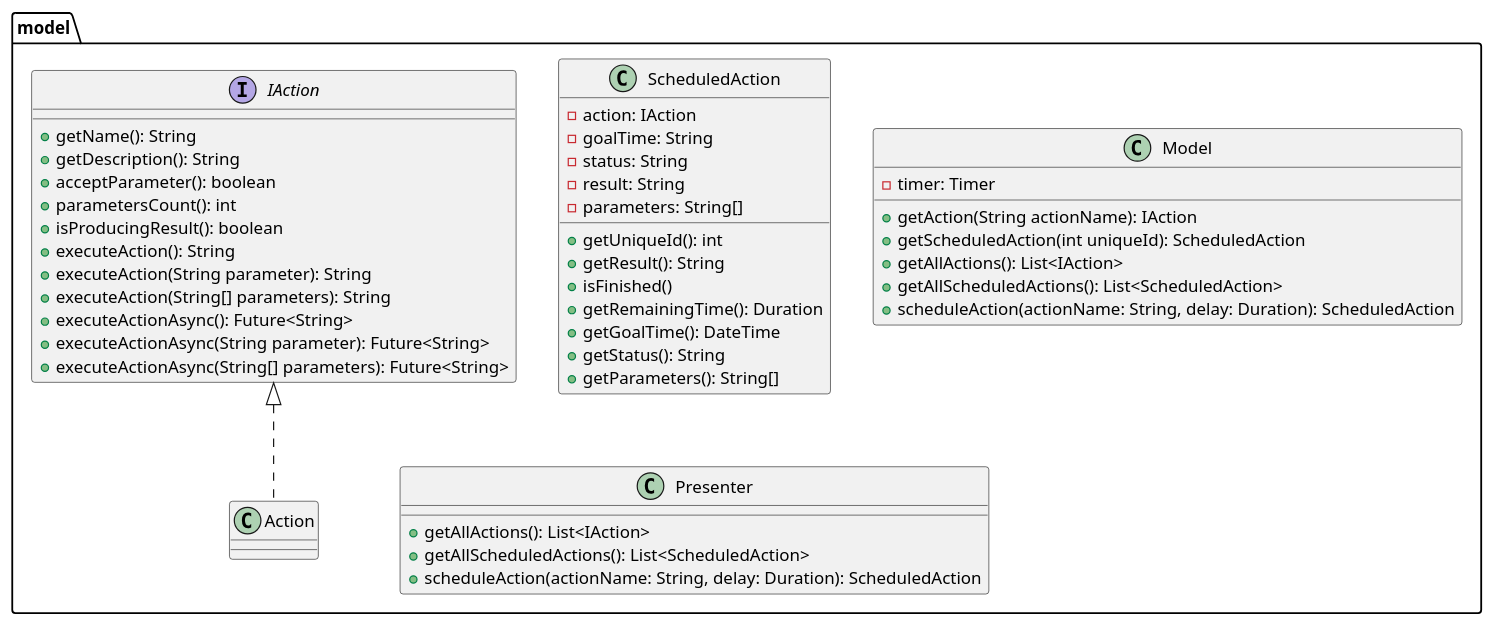
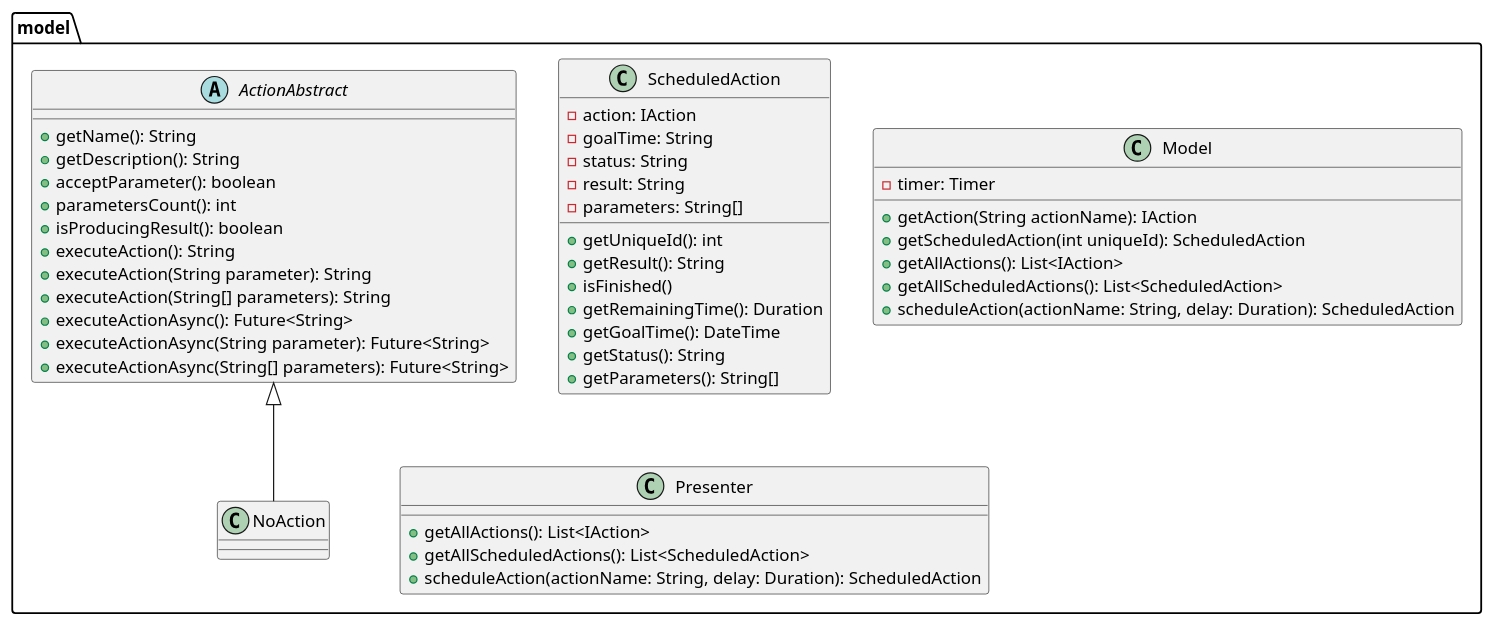
Before and after one commit to hhvitek/java-projects: the diagram in JavaShutDownRemaster/uml/uml.puml, drawn with PlantUML. The commit also changed 37 other files, not shown here.

```diff
--- a/JavaShutDownRemaster/uml/uml.puml
+++ b/JavaShutDownRemaster/uml/uml.puml
@@ -1,57 +1,57 @@
 @startuml
 
 
 package model {
 
-    interface IAction {
+    abstract class ActionAbstract {
         + getName(): String
         + getDescription(): String
         + acceptParameter(): boolean
         + parametersCount(): int
         + isProducingResult(): boolean
         + executeAction(): String
         + executeAction(String parameter): String
         + executeAction(String[] parameters): String
         + executeActionAsync(): Future<String>
         + executeActionAsync(String parameter): Future<String>
         + executeActionAsync(String[] parameters): Future<String>
     }
 
-    class Action implements IAction {
+    class NoAction extends ActionAbstract {
     }
 
     class ScheduledAction {
         - action: IAction
         - goalTime: String
         - status: String
         - result: String
         - parameters: String[]
 
         + getUniqueId(): int
         + getResult(): String
         + isFinished()
         + getRemainingTime(): Duration
         + getGoalTime(): DateTime
         + getStatus(): String
         + getParameters(): String[]
     }
 
     class Model {
         - timer: Timer
 
         + getAction(String actionName): IAction
         + getScheduledAction(int uniqueId): ScheduledAction
         + getAllActions(): List<IAction>
         + getAllScheduledActions(): List<ScheduledAction>
         + scheduleAction(actionName: String, delay: Duration): ScheduledAction
     }
 
     class Presenter {
         + getAllActions(): List<IAction>
         + getAllScheduledActions(): List<ScheduledAction>
         + scheduleAction(actionName: String, delay: Duration): ScheduledAction
     }
 }
 
 
 @enduml
```
